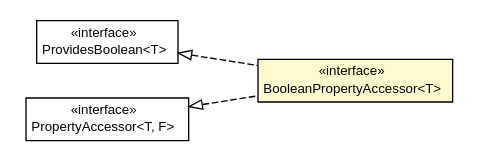
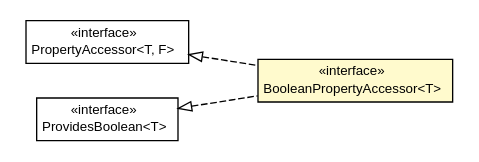
One commit to growbit/turbogwt-databind changed the diagram in javadoc/apidocs/org/turbogwt/mvp/databind/client/property/BooleanPropertyAccessor.dot. Above: the diagram before and after it, drawn with Graphviz. The commit also changed 147 other files, not shown here.

```diff
--- a/javadoc/apidocs/org/turbogwt/mvp/databind/client/property/BooleanPropertyAccessor.dot
+++ b/javadoc/apidocs/org/turbogwt/mvp/databind/client/property/BooleanPropertyAccessor.dot
@@ -1,38 +1,38 @@
 #!/usr/local/bin/dot
 #
 # Class diagram 
 # Generated by UMLGraph version R5_6-24-gf6e263 (http://www.umlgraph.org/)
 #
 
 digraph G {
 	edge [fontname="arial",fontsize=10,labelfontname="arial",labelfontsize=10];
 	node [fontname="arial",fontsize=10,shape=plaintext];
 	nodesep=0.25;
 	ranksep=0.5;
 	rankdir=LR;
-	// org.turbogwt.mvp.databind.client.property.ProvidesBoolean<T>
-	c418 [label=<<table title="org.turbogwt.mvp.databind.client.property.ProvidesBoolean" border="0" cellborder="1" cellspacing="0" cellpadding="2" port="p" href="./ProvidesBoolean.html">
-		<tr><td><table border="0" cellspacing="0" cellpadding="1">
-<tr><td align="center" balign="center"> &#171;interface&#187; </td></tr>
-<tr><td align="center" balign="center"> ProvidesBoolean&lt;T&gt; </td></tr>
-		</table></td></tr>
-		</table>>, URL="./ProvidesBoolean.html", fontname="arial", fontcolor="black", fontsize=10.0];
 	// org.turbogwt.mvp.databind.client.property.PropertyAccessor<T, F>
-	c419 [label=<<table title="org.turbogwt.mvp.databind.client.property.PropertyAccessor" border="0" cellborder="1" cellspacing="0" cellpadding="2" port="p" href="./PropertyAccessor.html">
+	c298 [label=<<table title="org.turbogwt.mvp.databind.client.property.PropertyAccessor" border="0" cellborder="1" cellspacing="0" cellpadding="2" port="p" href="./PropertyAccessor.html">
 		<tr><td><table border="0" cellspacing="0" cellpadding="1">
 <tr><td align="center" balign="center"> &#171;interface&#187; </td></tr>
 <tr><td align="center" balign="center"> PropertyAccessor&lt;T, F&gt; </td></tr>
 		</table></td></tr>
 		</table>>, URL="./PropertyAccessor.html", fontname="arial", fontcolor="black", fontsize=10.0];
 	// org.turbogwt.mvp.databind.client.property.BooleanPropertyAccessor<T>
-	c426 [label=<<table title="org.turbogwt.mvp.databind.client.property.BooleanPropertyAccessor" border="0" cellborder="1" cellspacing="0" cellpadding="2" port="p" bgcolor="lemonChiffon" href="./BooleanPropertyAccessor.html">
+	c301 [label=<<table title="org.turbogwt.mvp.databind.client.property.BooleanPropertyAccessor" border="0" cellborder="1" cellspacing="0" cellpadding="2" port="p" bgcolor="lemonChiffon" href="./BooleanPropertyAccessor.html">
 		<tr><td><table border="0" cellspacing="0" cellpadding="1">
 <tr><td align="center" balign="center"> &#171;interface&#187; </td></tr>
 <tr><td align="center" balign="center"> BooleanPropertyAccessor&lt;T&gt; </td></tr>
 		</table></td></tr>
 		</table>>, URL="./BooleanPropertyAccessor.html", fontname="arial", fontcolor="black", fontsize=10.0];
 	//org.turbogwt.mvp.databind.client.property.BooleanPropertyAccessor<T> implements org.turbogwt.mvp.databind.client.property.PropertyAccessor<T, F>
-	c419:p -> c426:p [dir=back,arrowtail=empty,style=dashed];
-	//org.turbogwt.mvp.databind.client.property.BooleanPropertyAccessor<T> implements org.turbogwt.mvp.databind.client.property.ProvidesBoolean<T>
-	c418:p -> c426:p [dir=back,arrowtail=empty,style=dashed];
+	c298:p -> c301:p [dir=back,arrowtail=empty,style=dashed];
+	//org.turbogwt.mvp.databind.client.property.BooleanPropertyAccessor<T> implements org.turbogwt.core.providers.client.ProvidesBoolean<T>
+	c310:p -> c301:p [dir=back,arrowtail=empty,style=dashed];
+	// org.turbogwt.core.providers.client.ProvidesBoolean<T>
+	c310 [label=<<table title="org.turbogwt.core.providers.client.ProvidesBoolean" border="0" cellborder="1" cellspacing="0" cellpadding="2" port="p">
+		<tr><td><table border="0" cellspacing="0" cellpadding="1">
+<tr><td align="center" balign="center"> &#171;interface&#187; </td></tr>
+<tr><td align="center" balign="center"> ProvidesBoolean&lt;T&gt; </td></tr>
+		</table></td></tr>
+		</table>>, URL="null", fontname="arial", fontcolor="black", fontsize=10.0];
 }
```
